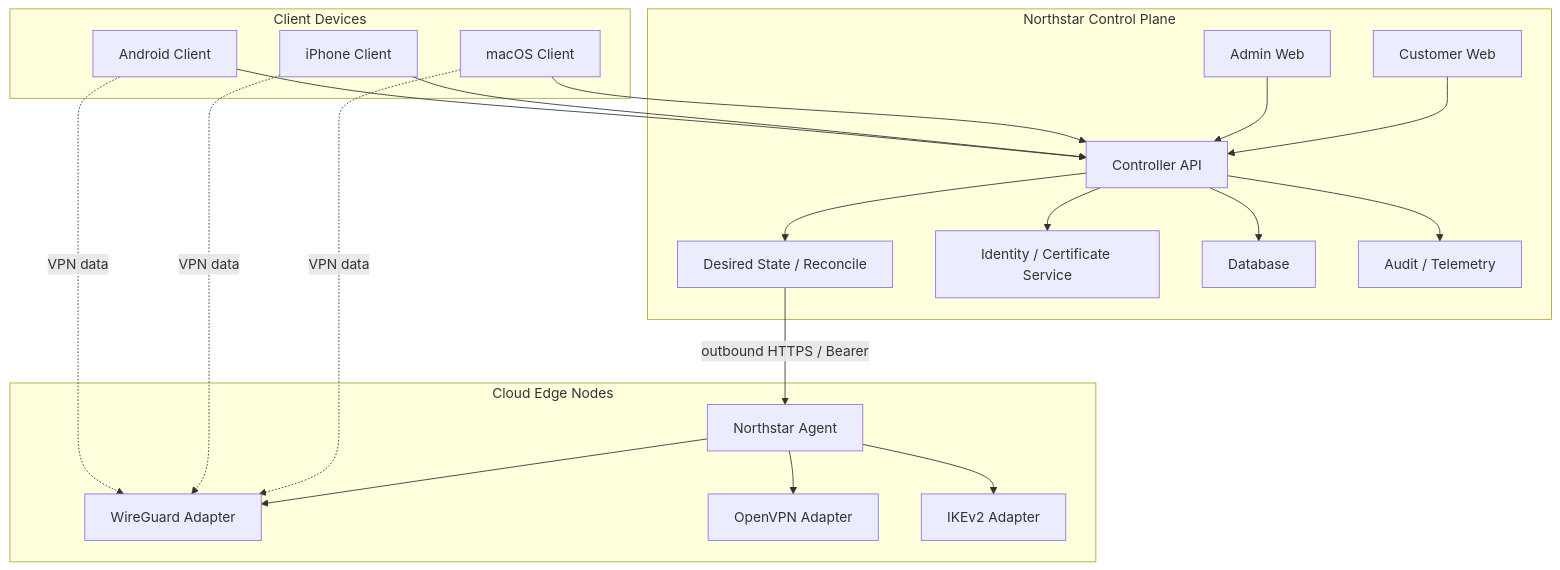
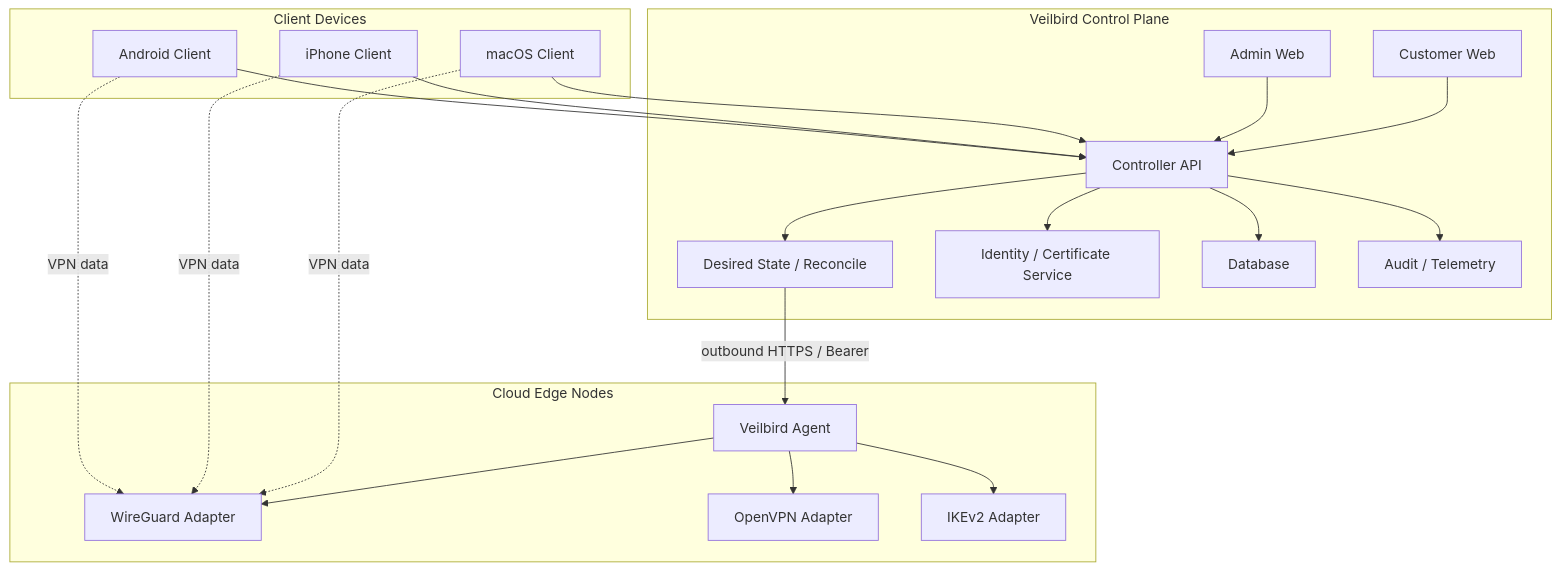
Before and after one commit to CNTWDev/one-click-vpn: the diagram in docs/architecture/01-system.md, drawn with Mermaid. The commit also changed other lines of this file and 95 other files, not shown here.

````diff
--- a/docs/architecture/01-system.md
+++ b/docs/architecture/01-system.md
@@ -5,42 +5,42 @@
 ```mermaid
 flowchart TB
   subgraph Clients["Client Devices"]
     Mac["macOS Client"]
     IOS["iPhone Client"]
     Android["Android Client"]
   end
 
-  subgraph Control["Northstar Control Plane"]
+  subgraph Control["Veilbird Control Plane"]
     Portal["Customer Web"]
     Admin["Admin Web"]
     API["Controller API"]
     Reconcile["Desired State / Reconcile"]
     CA["Identity / Certificate Service"]
     DB["Database"]
     Audit["Audit / Telemetry"]
   end
 
   subgraph Edge["Cloud Edge Nodes"]
-    Agent["Northstar Agent"]
+    Agent["Veilbird Agent"]
     WG["WireGuard Adapter"]
     OVPN["OpenVPN Adapter"]
     IKE["IKEv2 Adapter"]
   end
 
   Portal --> API
   Admin --> API
   Mac --> API
   IOS --> API
   Android --> API
   API --> DB
   API --> Reconcile
   API --> CA
   API --> Audit
   Reconcile -->|"outbound HTTPS / Bearer"| Agent
   Agent --> WG
   Agent --> OVPN
   Agent --> IKE
   Mac -. "VPN data" .-> WG
   IOS -. "VPN data" .-> WG
   Android -. "VPN data" .-> WG
 ```
````
